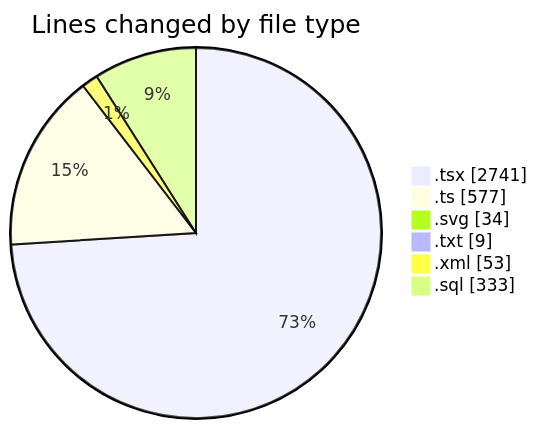
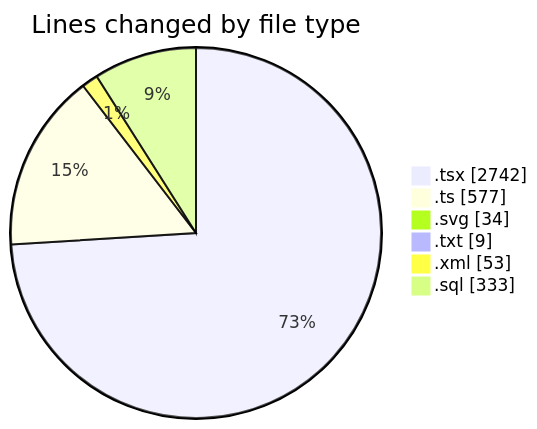
One commit to FixMe24/code-tracking changed the first of 2 diagrams in 2025-05-21/fixme24/README.md. Above: the diagram before and after it, drawn with Mermaid. The commit also changed other lines of this file and 1 other file, not shown here.

````diff
--- a/2025-05-21/fixme24/README.md
+++ b/2025-05-21/fixme24/README.md
@@ -47,10 +47,10 @@
 ```mermaid
 pie showData
 title Lines changed by file type
-".tsx" : 2741
+".tsx" : 2742
 ".ts" : 577
 ".svg" : 34
 ".txt" : 9
 ".xml" : 53
 ".sql" : 333
 ```
````
